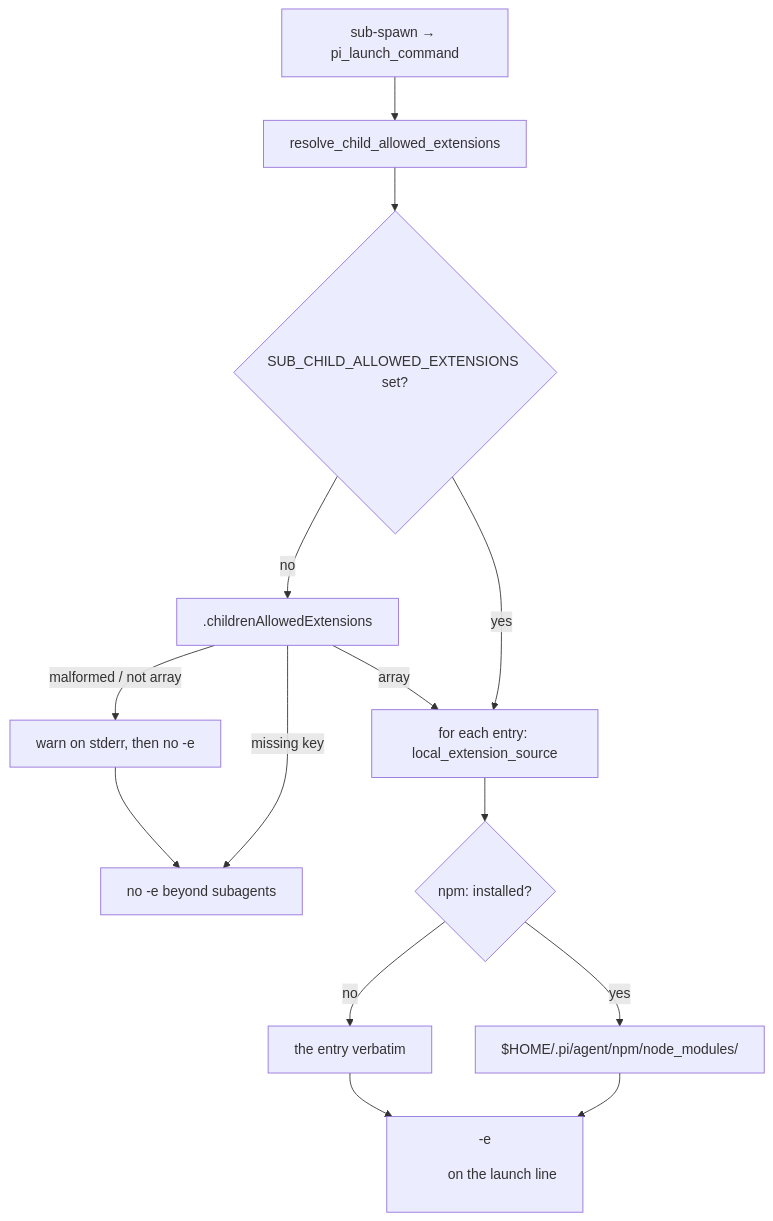
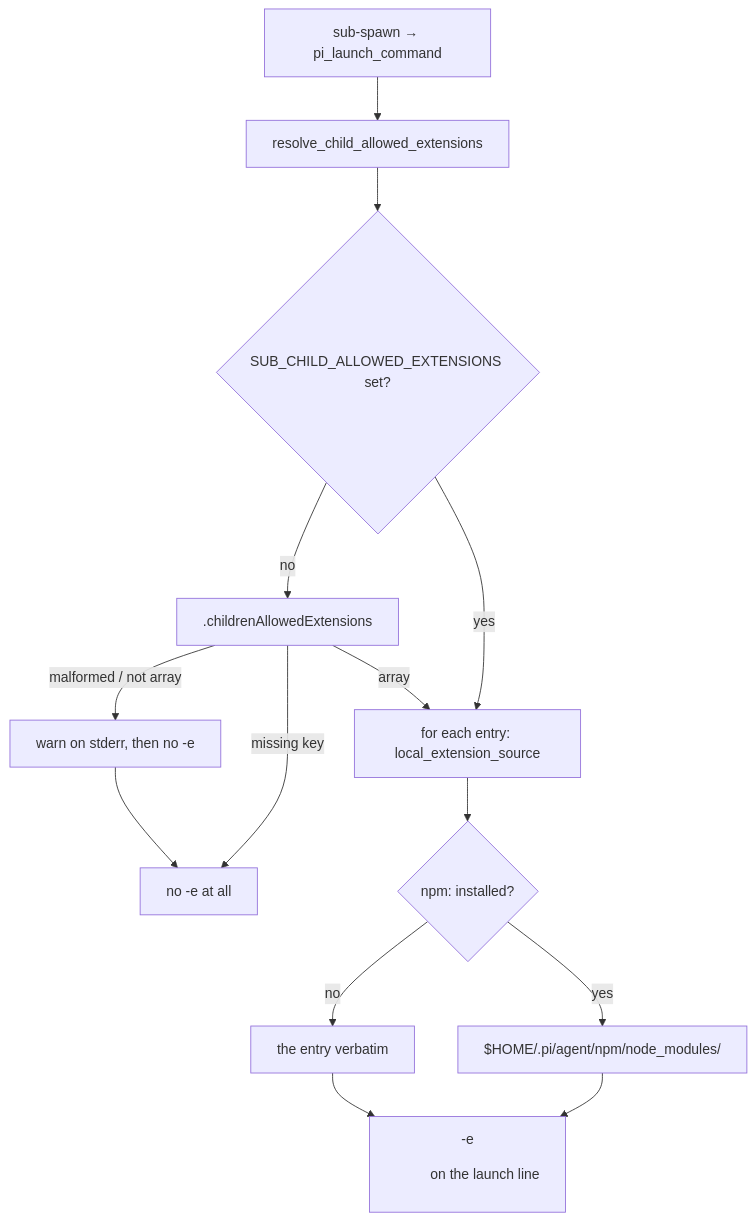
The diagram in specs/child-model-resolution/child-model-resolution-design.md (jseto/mu-commander), drawn with Mermaid before and after one commit. The commit also changed other lines of this file and 7 other files, not shown here.

````diff
--- a/specs/child-model-resolution/child-model-resolution-design.md
+++ b/specs/child-model-resolution/child-model-resolution-design.md
@@ -48,16 +48,16 @@
 ```mermaid
 flowchart TD
     A["sub-spawn → pi_launch_command"] --> B["resolve_child_allowed_extensions"]
     B --> C{"SUB_CHILD_ALLOWED_EXTENSIONS set?"}
     C -- yes --> E
     C -- no --> D["<levels config>.childrenAllowedExtensions"]
-    D -- missing key --> Z["no -e beyond subagents"]
+    D -- missing key --> Z["no -e at all"]
     D -- malformed / not array --> W["warn on stderr, then no -e"]
     D -- array --> E["for each entry: local_extension_source"]
     E --> F{"npm:<name> installed?"}
     F -- yes --> G["$HOME/.pi/agent/npm/node_modules/<name>"]
     F -- no --> H["the entry verbatim"]
     G --> I["-e <dir> on the launch line"]
     H --> I
     W --> Z
 ```
````
